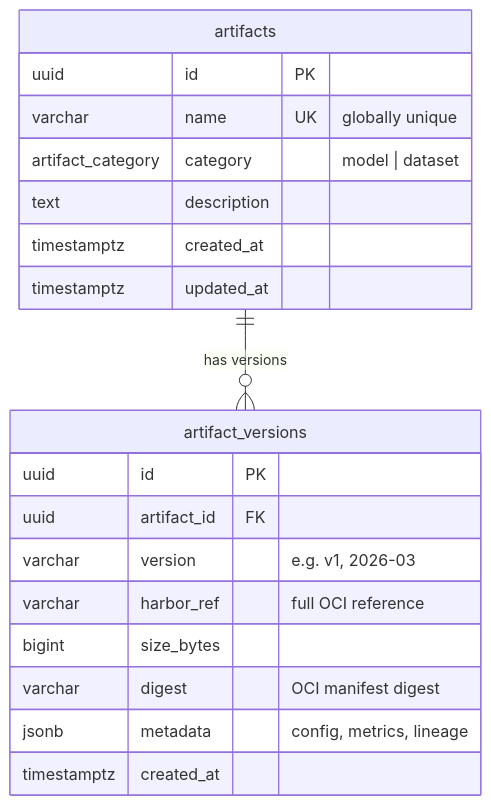
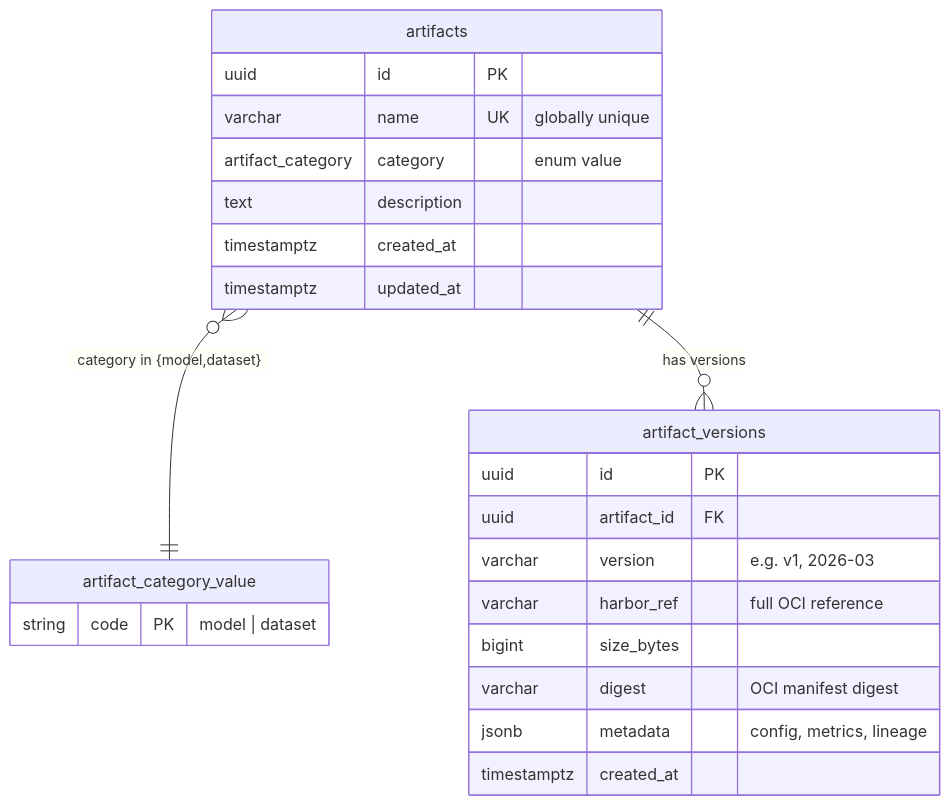
Before and after one commit to DamitDev/solar: the first of 2 diagrams in docs/schema.md, drawn with Mermaid. The commit also changed other lines of this file and 21 other files, not shown here.

````diff
--- a/docs/schema.md
+++ b/docs/schema.md
@@ -11,24 +16,29 @@
 ```mermaid
 erDiagram
+    artifact_category_value {
+        string code PK "model | dataset"
+    }
+
     artifacts {
         uuid id PK
         varchar name UK "globally unique"
-        artifact_category category "model | dataset"
+        artifact_category category "enum value"
         text description
         timestamptz created_at
         timestamptz updated_at
     }
 
     artifact_versions {
         uuid id PK
         uuid artifact_id FK
         varchar version "e.g. v1, 2026-03"
         varchar harbor_ref "full OCI reference"
         bigint size_bytes
         varchar digest "OCI manifest digest"
         jsonb metadata "config, metrics, lineage"
         timestamptz created_at
     }
 
+    artifacts }o--|| artifact_category_value : "category in {model,dataset}"
     artifacts ||--o{ artifact_versions : "has versions"
 ```
````
